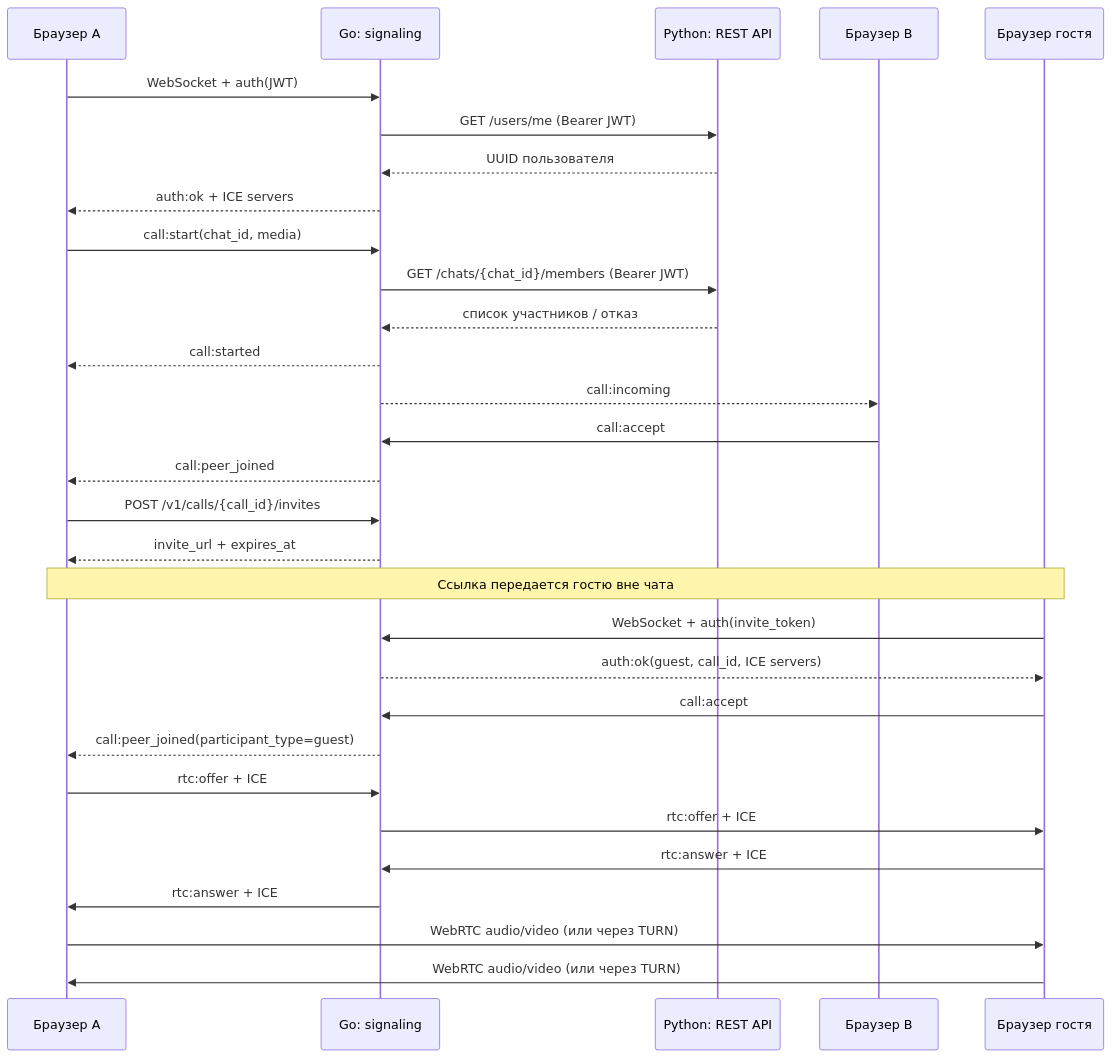
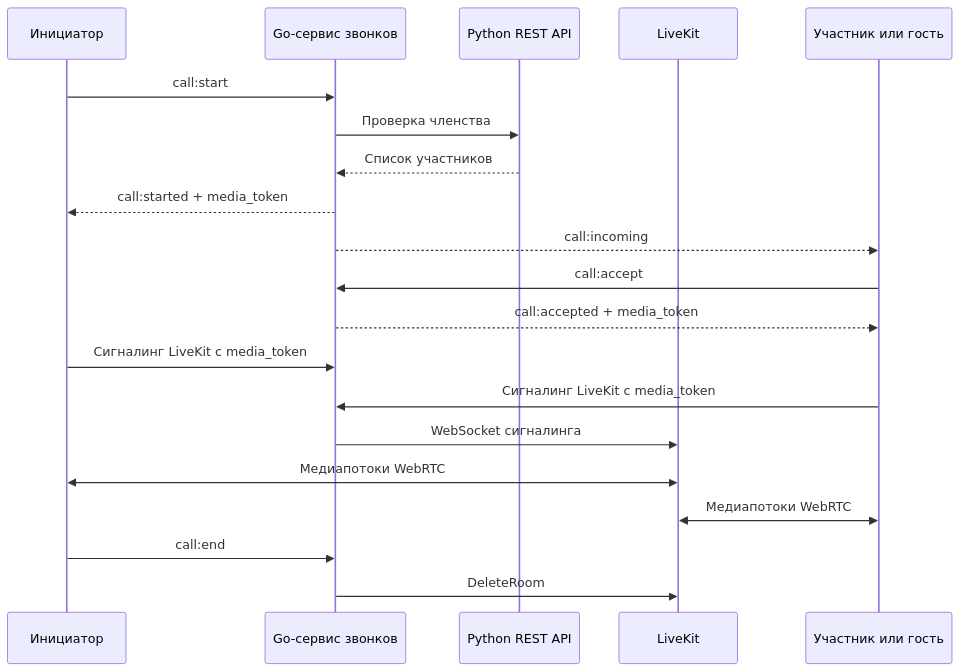
Before and after one commit to Chernov2312/Spark: the diagram in api.md, drawn with Mermaid. The commit also changed other lines of this file and 36 other files, not shown here.

Commit message:
Add LiveKit calls, prejoin checks and standalone production compose

````diff
--- a/api.md
+++ b/api.md
@@ -791,32 +778,22 @@
 ```mermaid
 sequenceDiagram
-    participant A as Браузер A
-    participant G as Go: signaling
-    participant P as Python: REST API
-    participant B as Браузер B
-    participant X as Браузер гостя
-    A->>G: WebSocket + auth(JWT)
-    G->>P: GET /users/me (Bearer JWT)
-    P-->>G: UUID пользователя
-    G-->>A: auth:ok + ICE servers
-    A->>G: call:start(chat_id, media)
-    G->>P: GET /chats/{chat_id}/members (Bearer JWT)
-    P-->>G: список участников / отказ
-    G-->>A: call:started
+    participant A as Инициатор
+    participant G as Go-сервис звонков
+    participant P as Python REST API
+    participant L as LiveKit
+    participant B as Участник или гость
+    A->>G: call:start
+    G->>P: Проверка членства
+    P-->>G: Список участников
+    G-->>A: call:started + media_token
     G-->>B: call:incoming
     B->>G: call:accept
-    G-->>A: call:peer_joined
-    A->>G: POST /v1/calls/{call_id}/invites
-    G-->>A: invite_url + expires_at
-    Note over A,X: Ссылка передается гостю вне чата
-    X->>G: WebSocket + auth(invite_token)
-    G-->>X: auth:ok(guest, call_id, ICE servers)
-    X->>G: call:accept
-    G-->>A: call:peer_joined(participant_type=guest)
-    A->>G: rtc:offer + ICE
-    G->>X: rtc:offer + ICE
-    X->>G: rtc:answer + ICE
-    G->>A: rtc:answer + ICE
-    A->>X: WebRTC audio/video (или через TURN)
-    X->>A: WebRTC audio/video (или через TURN)
+    G-->>B: call:accepted + media_token
+    A->>G: Сигналинг LiveKit с media_token
+    B->>G: Сигналинг LiveKit с media_token
+    G->>L: WebSocket сигналинга
+    A<<->>L: Медиапотоки WebRTC
+    B<<->>L: Медиапотоки WebRTC
+    A->>G: call:end
+    G->>L: DeleteRoom
 ```
````
